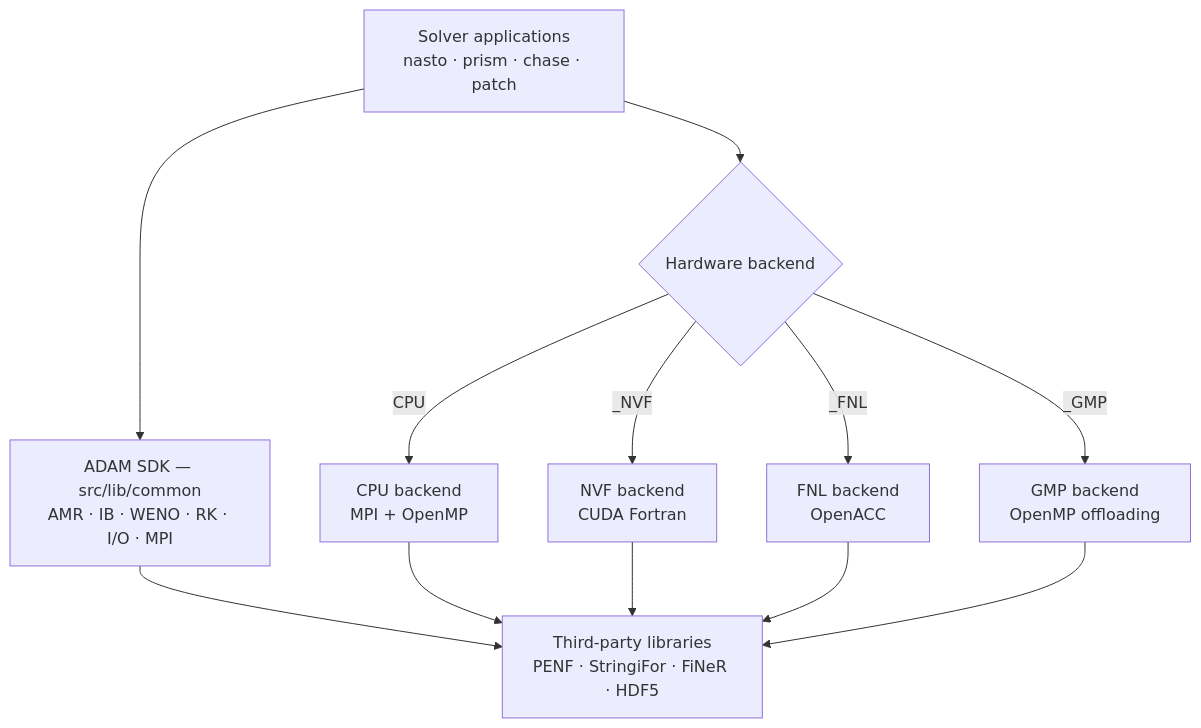
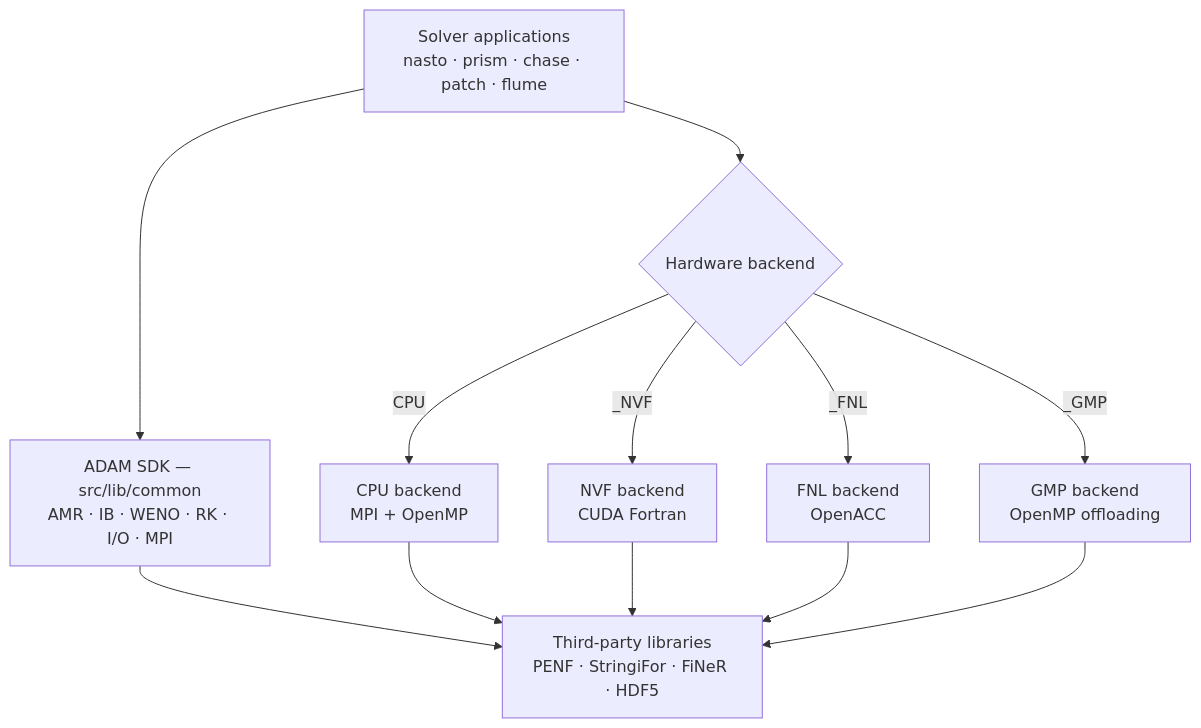
Before and after one commit to szaghi/adam: the first of 2 diagrams in docs/guide/architecture.md, drawn with Mermaid. The commit also changed other lines of this file and 9 other files, not shown here.

````diff
--- a/docs/guide/architecture.md
+++ b/docs/guide/architecture.md
@@ -14,14 +14,14 @@
 ```mermaid
 graph TD
-    A[Solver applications<br/>nasto · prism · chase · patch] --> B[ADAM SDK — src/lib/common<br/>AMR · IB · WENO · RK · I/O · MPI]
+    A[Solver applications<br/>nasto · prism · chase · patch · flume] --> B[ADAM SDK — src/lib/common<br/>AMR · IB · WENO · RK · I/O · MPI]
     A --> C{Hardware backend}
     C -->|CPU| CPU[CPU backend<br/>MPI + OpenMP]
     C -->|_NVF| D[NVF backend<br/>CUDA Fortran]
     C -->|_FNL| E[FNL backend<br/>OpenACC]
     C -->|_GMP| F[GMP backend<br/>OpenMP offloading]
     B --> G[Third-party libraries<br/>PENF · StringiFor · FiNeR · HDF5]
     CPU --> G
     D --> G
     E --> G
     F --> G
 ```
````
